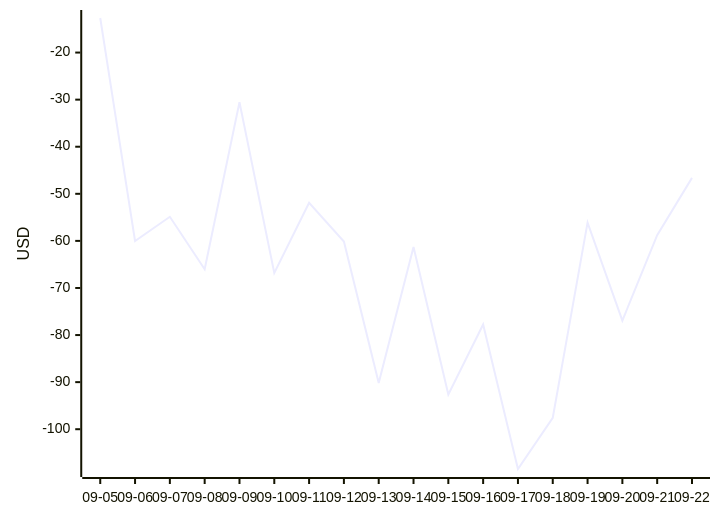
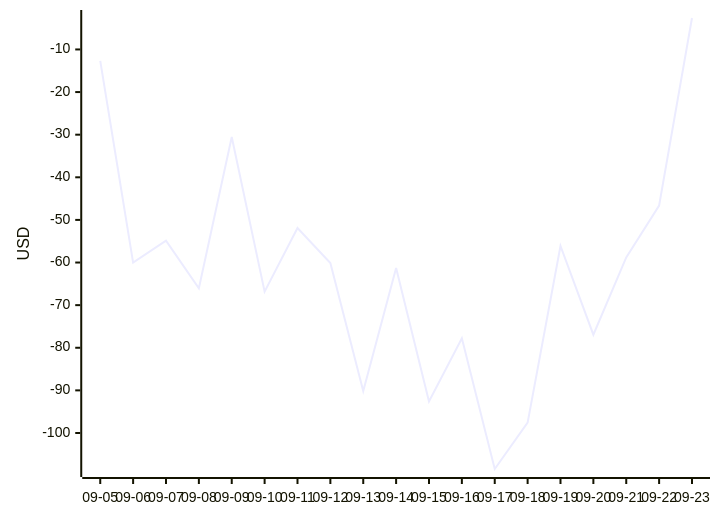
One commit to aryanvaid2108/prediction-trading changed the diagram in DASHBOARD.md. Above: the diagram before and after it, drawn with Mermaid. The commit also changed other lines of this file and 6 other files, not shown here.

````diff
--- a/DASHBOARD.md
+++ b/DASHBOARD.md
@@ -66,6 +66,6 @@
 ```mermaid
 xychart-beta
-  x-axis ["09-05", "09-06", "09-07", "09-08", "09-09", "09-10", "09-11", "09-12", "09-13", "09-14", "09-15", "09-16", "09-17", "09-18", "09-19", "09-20", "09-21", "09-22"]
+  x-axis ["09-05", "09-06", "09-07", "09-08", "09-09", "09-10", "09-11", "09-12", "09-13", "09-14", "09-15", "09-16", "09-17", "09-18", "09-19", "09-20", "09-21", "09-22", "09-23"]
   y-axis "USD"
-  line [-12.66, -60.03, -54.88, -66.03, -30.54, -66.82, -51.90, -60.13, -90.16, -61.28, -92.62, -77.76, -108.45, -97.57, -56.11, -76.93, -58.79, -46.62]
+  line [-12.66, -60.03, -54.88, -66.03, -30.54, -66.82, -51.90, -60.13, -90.16, -61.28, -92.62, -77.76, -108.45, -97.57, -56.11, -76.93, -58.79, -46.62, -2.62]
 ```
````
